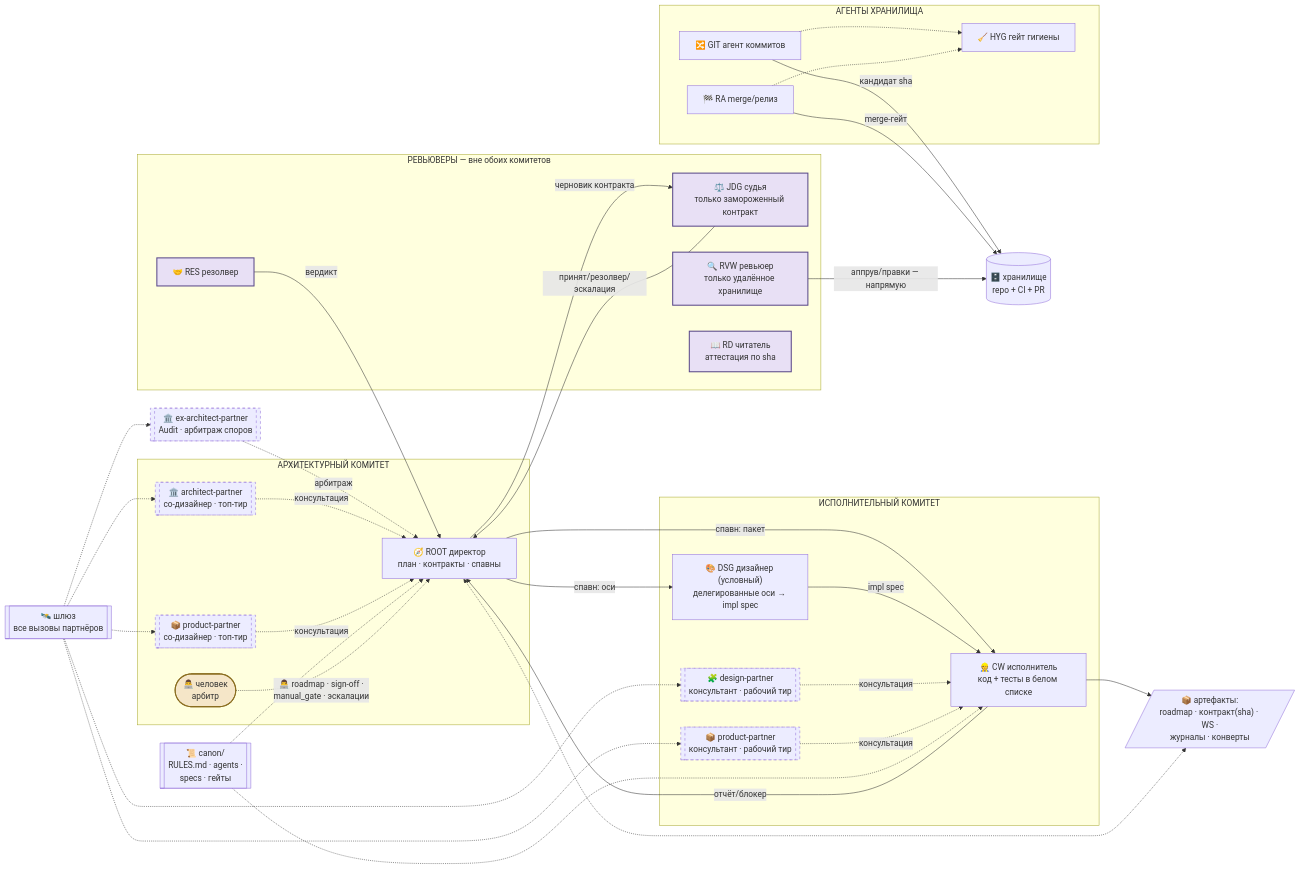
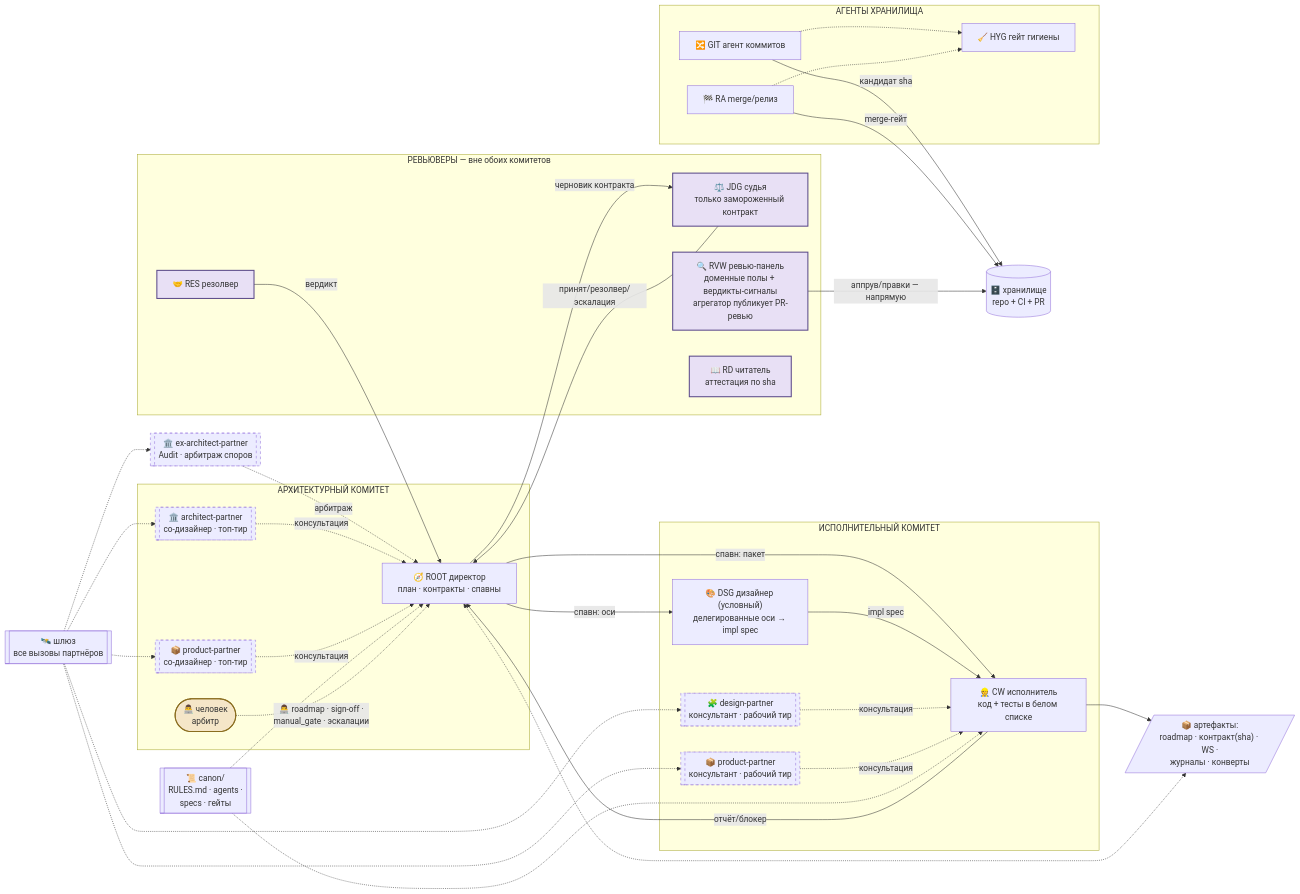
One commit to ychetka/CCSDD changed the diagram in docs/ru/diagrams/cycle_structure.mmd. Above: the diagram before and after it, drawn with Mermaid. The commit also changed 34 other files, not shown here.

```diff
--- a/docs/ru/diagrams/cycle_structure.mmd
+++ b/docs/ru/diagrams/cycle_structure.mmd
@@ -1,65 +1,65 @@
 flowchart LR
   subgraph COM1["АРХИТЕКТУРНЫЙ КОМИТЕТ"]
     ROOT["🧭 ROOT директор<br/>план · контракты · спавны"]
     AP[["🏛️ architect-partner<br/>со-дизайнер · топ-тир"]]
     PPA[["📦 product-partner<br/>со-дизайнер · топ-тир"]]
     DEV(["👨‍💻 человек<br/>арбитр"])
   end
   subgraph COM2["ИСПОЛНИТЕЛЬНЫЙ КОМИТЕТ"]
     CW["👷 CW исполнитель<br/>код + тесты в белом списке"]
     DSG["🎨 DSG дизайнер (условный)<br/>делегированные оси → impl spec"]
     DP[["🧩 design-partner<br/>консультант · рабочий тир"]]
     PPE[["📦 product-partner<br/>консультант · рабочий тир"]]
   end
   subgraph REV["РЕВЬЮВЕРЫ — вне обоих комитетов"]
     JDG["⚖️ JDG судья<br/>только замороженный контракт"]
-    RVW["🔍 RVW ревьюер<br/>только удалённое хранилище"]
+    RVW["🔍 RVW ревью-панель<br/>доменные полы + вердикты-сигналы<br/>агрегатор публикует PR-ревью"]
     RES["🤝 RES резолвер"]
     RD["📖 RD читатель<br/>аттестация по sha"]
   end
   subgraph REPOS["АГЕНТЫ ХРАНИЛИЩА"]
     GIT["🔀 GIT агент коммитов"]
     RA["🏁 RA merge/релиз"]
     HYG["🧹 HYG гейт гигиены"]
   end
 
   ART[/"📦 артефакты:<br/>roadmap · контракт(sha) · WS ·<br/>журналы · конверты"/]
   REPO[("🗄️ хранилище<br/>repo + CI + PR")]
   GW[["🛰️ шлюз<br/>все вызовы партнёров"]]
   XA[["🏛️ ex-architect-partner<br/>Audit · арбитраж споров"]]
   RULES[["📜 canon/<br/>RULES.md · agents ·<br/>specs · гейты"]]
 
   ROOT -->|спавн: пакет| CW
   ROOT -->|спавн: оси| DSG
   ROOT -->|черновик контракта| JDG
   DSG -->|impl spec| CW
   CW -->|отчёт/блокер| ROOT
   CW --> ART
   JDG -->|принят/резолвер/эскалация| ROOT
   RVW -->|аппрув/правки — напрямую| REPO
   RES -->|вердикт| ROOT
   GIT -->|кандидат sha| REPO
   RA -->|merge-гейт| REPO
   GIT -.-> HYG
   RA -.-> HYG
   ROOT <-.-> ART
   GW -.-> AP
   GW -.-> PPA
   GW -.-> DP
   GW -.-> PPE
   GW -.-> XA
   XA -.->|арбитраж| ROOT
   AP -.->|консультация| ROOT
   PPA -.->|консультация| ROOT
   DP -.->|консультация| CW
   PPE -.->|консультация| CW
   RULES -.-> ROOT
   RULES -.-> CW
   DEV -.->|👨‍💻 roadmap · sign-off ·<br/>manual_gate · эскалации| ROOT
 
   classDef human fill:#f5e6c8,stroke:#8a6d1f,stroke-width:2px
   classDef rev fill:#e8e0f5,stroke:#5b4a8a,stroke-width:2px
   classDef partner stroke-dasharray:5 5
   class DEV human
   class JDG,RVW,RES,RD rev
   class AP,PPA,DP,PPE,XA partner
```
